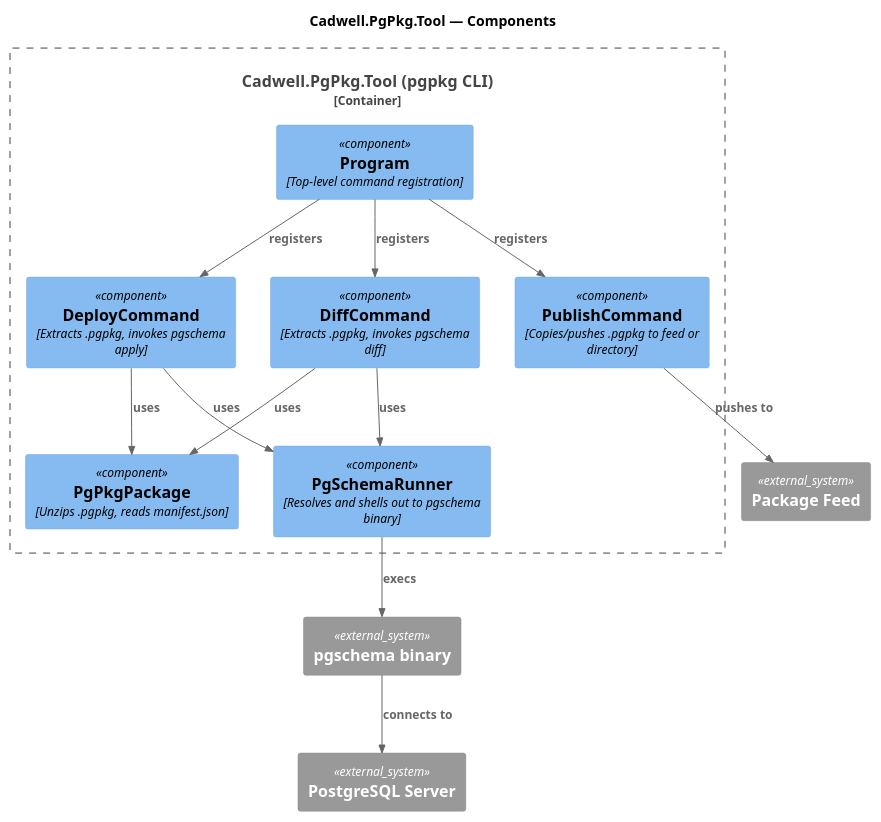
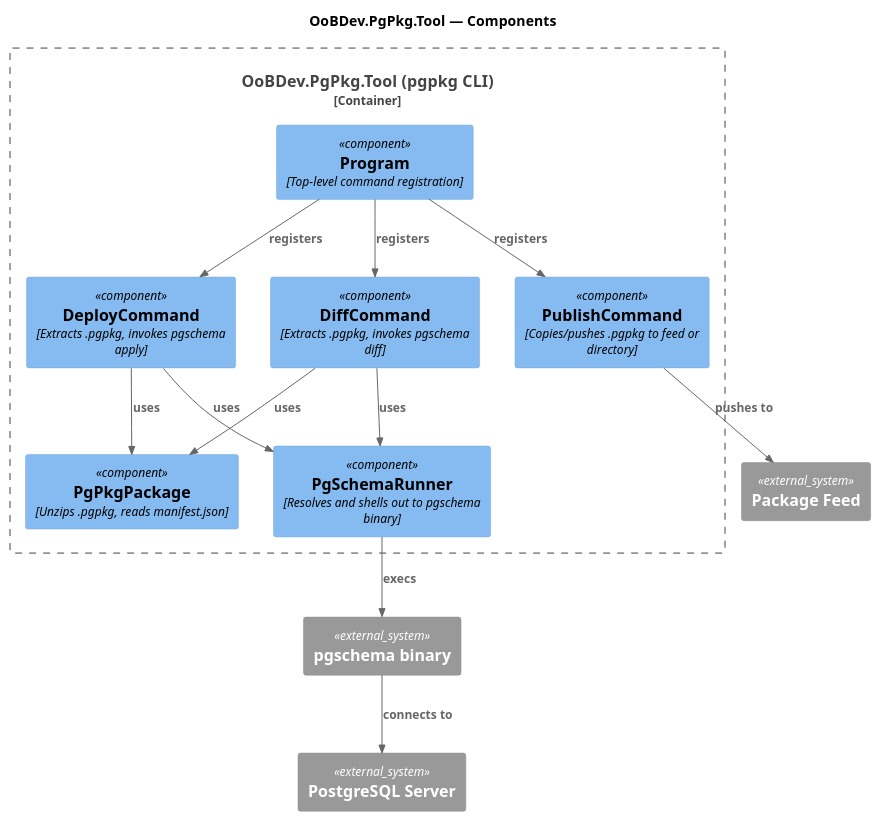
Before and after one commit to Mwwhited-BookLearning/PgPlayground: the third of 4 diagrams in docs/architecture.md, drawn with PlantUML. The commit also changed other lines of this file and 38 other files, not shown here.

First line of the commit message:
Rename Cadwell.PgPkg.* to OoBDev.PgPkg.*

````diff
--- a/docs/architecture.md
+++ b/docs/architecture.md
@@ -74,32 +74,32 @@
 ```plantuml
 @startuml C4_Component_Tool
 !include https://raw.githubusercontent.com/plantuml-stdlib/C4-PlantUML/master/C4_Component.puml
 
-title Cadwell.PgPkg.Tool — Components
+title OoBDev.PgPkg.Tool — Components
 
-Container_Boundary(tool, "Cadwell.PgPkg.Tool (pgpkg CLI)") {
+Container_Boundary(tool, "OoBDev.PgPkg.Tool (pgpkg CLI)") {
     Component(prog,    "Program",         "Top-level command registration")
     Component(deploy,  "DeployCommand",   "Extracts .pgpkg, invokes pgschema apply")
     Component(diff,    "DiffCommand",     "Extracts .pgpkg, invokes pgschema diff")
     Component(publish, "PublishCommand",  "Copies/pushes .pgpkg to feed or directory")
     Component(pkg,     "PgPkgPackage",    "Unzips .pgpkg, reads manifest.json")
     Component(runner,  "PgSchemaRunner",  "Resolves and shells out to pgschema binary")
 }
 
 System_Ext(pgschema, "pgschema binary")
 System_Ext(postgres, "PostgreSQL Server")
 System_Ext(nuget,    "Package Feed")
 
 Rel(prog,    deploy,  "registers")
 Rel(prog,    diff,    "registers")
 Rel(prog,    publish, "registers")
 Rel(deploy,  pkg,     "uses")
 Rel(diff,    pkg,     "uses")
 Rel(deploy,  runner,  "uses")
 Rel(diff,    runner,  "uses")
 Rel(runner,  pgschema,"execs")
 Rel(pgschema,postgres,"connects to")
 Rel(publish, nuget,   "pushes to")
 
 @enduml
 ```
````
